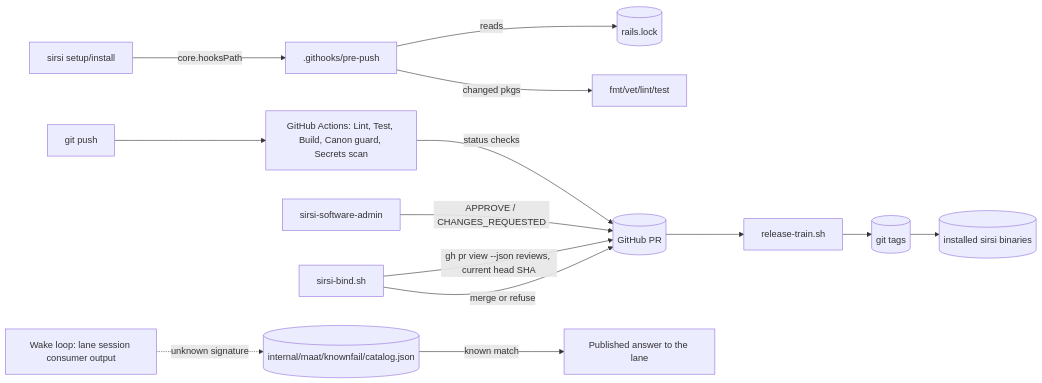
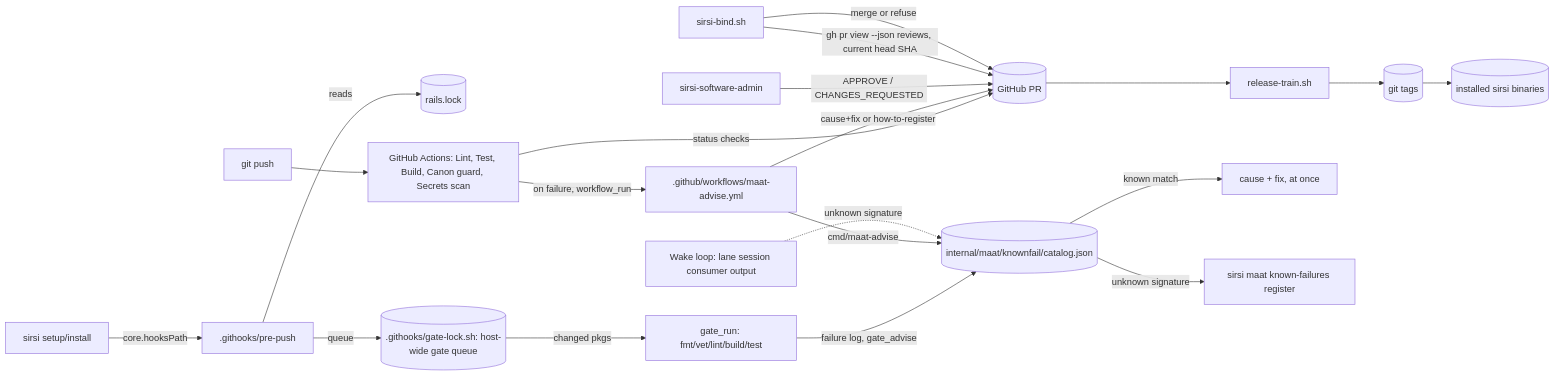
The second of 3 diagrams in docs/stacklab/diagrams/RA-P18-maat-gate.md (SirsiMaster/sirsi-pantheon), drawn with Mermaid before and after one commit. The commit also changed other lines of this file, not shown here.

First line of the commit message:
docs(stacklab): RA-P18 — wire catalog consult into hook+CI, add CI consumer

````diff
--- a/docs/stacklab/diagrams/RA-P18-maat-gate.md
+++ b/docs/stacklab/diagrams/RA-P18-maat-gate.md
@@ -34,14 +35,20 @@
 ```mermaid
 flowchart LR
   INSTALL[sirsi setup/install] -->|core.hooksPath| HOOK[.githooks/pre-push]
   HOOK -->|reads| LOCK[(rails.lock)]
-  HOOK -->|changed pkgs| LOCALCHECK[fmt/vet/lint/test]
+  HOOK -->|queue| GATELOCK[(.githooks/gate-lock.sh: host-wide gate queue)]
+  GATELOCK -->|changed pkgs| LOCALCHECK[gate_run: fmt/vet/lint/build/test]
+  LOCALCHECK -->|failure log, gate_advise| CATALOG[(internal/maat/knownfail/catalog.json)]
   PUSH[git push] --> CI[GitHub Actions: Lint, Test, Build, Canon guard, Secrets scan]
   CI -->|status checks| GH[(GitHub PR)]
+  CI -->|on failure, workflow_run| MAATADVISE[.github/workflows/maat-advise.yml]
+  MAATADVISE -->|cmd/maat-advise| CATALOG
+  MAATADVISE -->|cause+fix or how-to-register| GH
   SSA[sirsi-software-admin] -->|APPROVE / CHANGES_REQUESTED| GH
   BIND[sirsi-bind.sh] -->|gh pr view --json reviews, current head SHA| GH
   BIND -->|merge or refuse| GH
   GH --> TRAIN[release-train.sh] --> TAGS[(git tags)] --> INSTALLS[(installed sirsi binaries)]
-  WAKE[Wake loop: lane session consumer output] -.unknown signature.-> CATALOG[(internal/maat/knownfail/catalog.json)]
-  CATALOG -->|known match| ANSWER[Published answer to the lane]
+  WAKE[Wake loop: lane session consumer output] -.unknown signature.-> CATALOG
+  CATALOG -->|known match| ANSWER[cause + fix, at once]
+  CATALOG -->|unknown signature| REGISTER[sirsi maat known-failures register]
 ```
````
